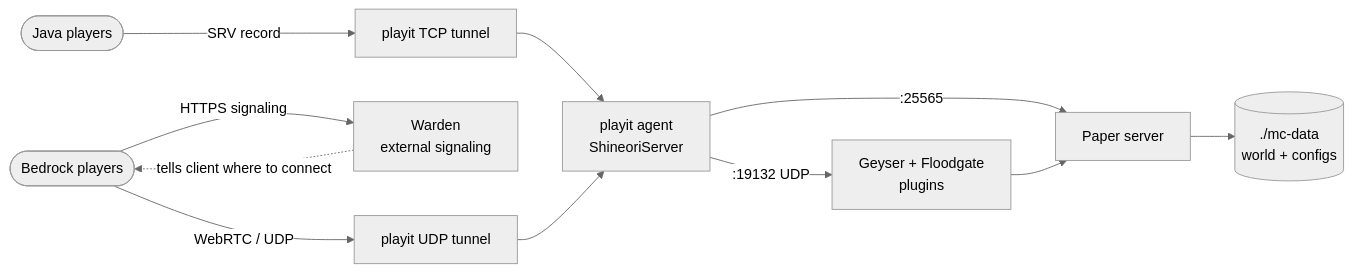
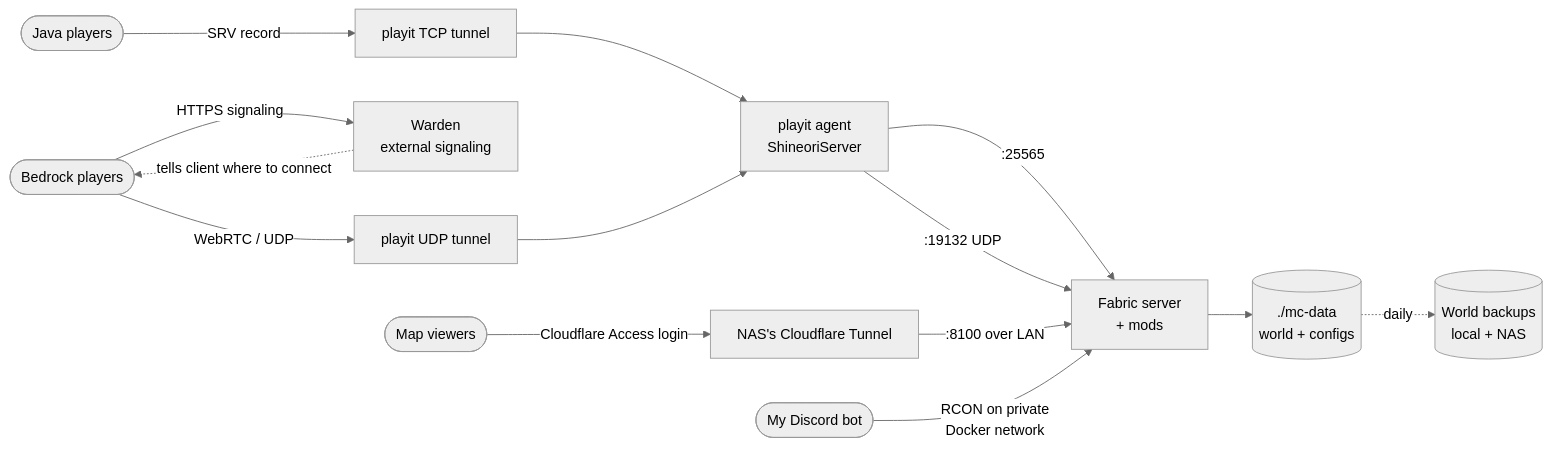
Before and after one commit to Shineori/homelab: the diagram in docs/services/minecraft.md, drawn with Mermaid (neutral theme). The commit also changed other lines of this file and 3 other files, not shown here.

Commit message:
Minecraft: document the switch from Paper to Fabric (mods, BlueMap, RCON bridge, pinned 26.3)

````diff
--- a/docs/services/minecraft.md
+++ b/docs/services/minecraft.md
@@ -21,13 +24,16 @@
 ```mermaid
 flowchart LR
     java([Java players]) -->|SRV record| tcp[playit TCP tunnel]
     bedrock([Bedrock players]) -->|HTTPS signaling| warden[Warden<br/>external signaling]
     warden -.->|tells client where to connect| bedrock
     bedrock -->|WebRTC / UDP| udp[playit UDP tunnel]
     tcp --> agent[playit agent<br/>ShineoriServer]
     udp --> agent
-    agent -->|:25565| mc[Paper server]
-    agent -->|:19132 UDP| geyser[Geyser + Floodgate<br/>plugins]
-    geyser --> mc
+    agent -->|:25565| mc[Fabric server<br/>+ mods]
+    agent -->|:19132 UDP| mc
+    viewer([Map viewers]) -->|Cloudflare Access login| cf[NAS's Cloudflare Tunnel]
+    cf -->|:8100 over LAN| mc
+    bot([My Discord bot]) -->|RCON on private<br/>Docker network| mc
     mc --> world[(./mc-data<br/>world + configs)]
+    world -. daily .-> backup[(World backups<br/>local + NAS)]
 ```
````
